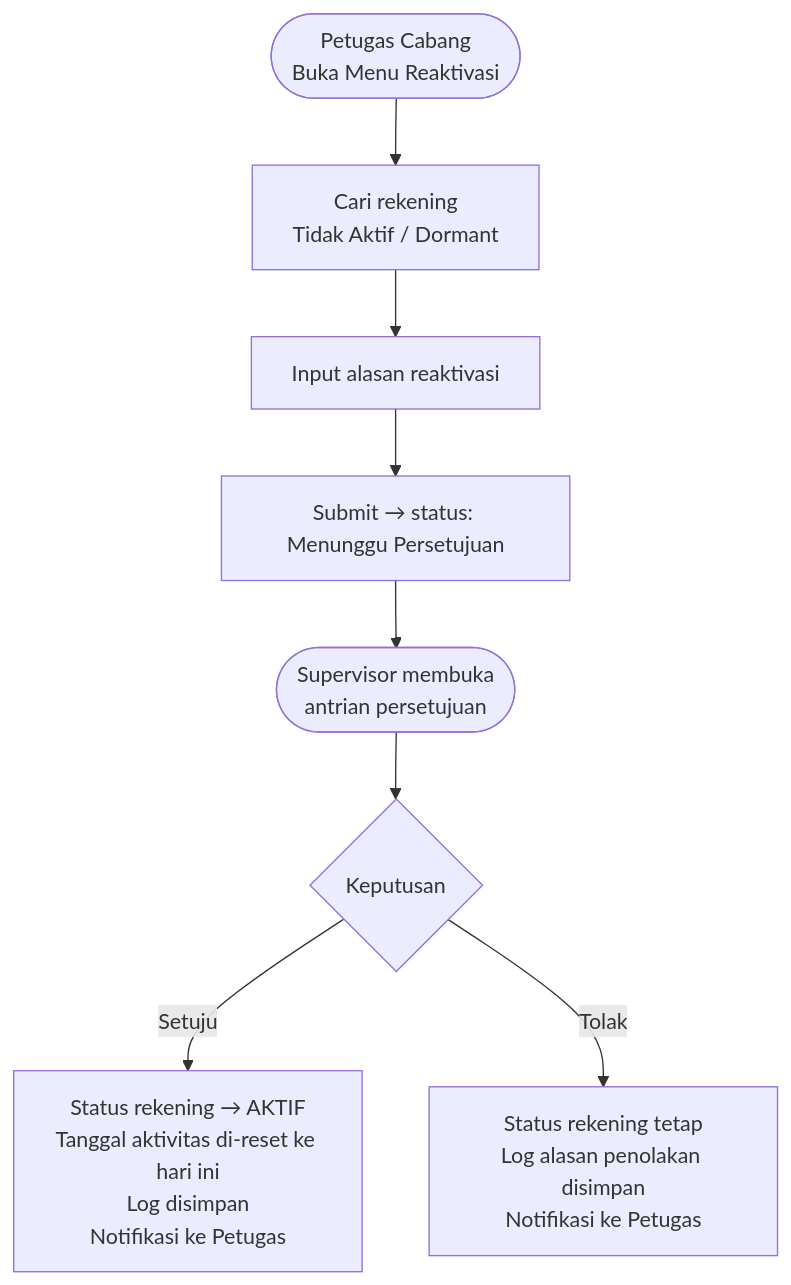
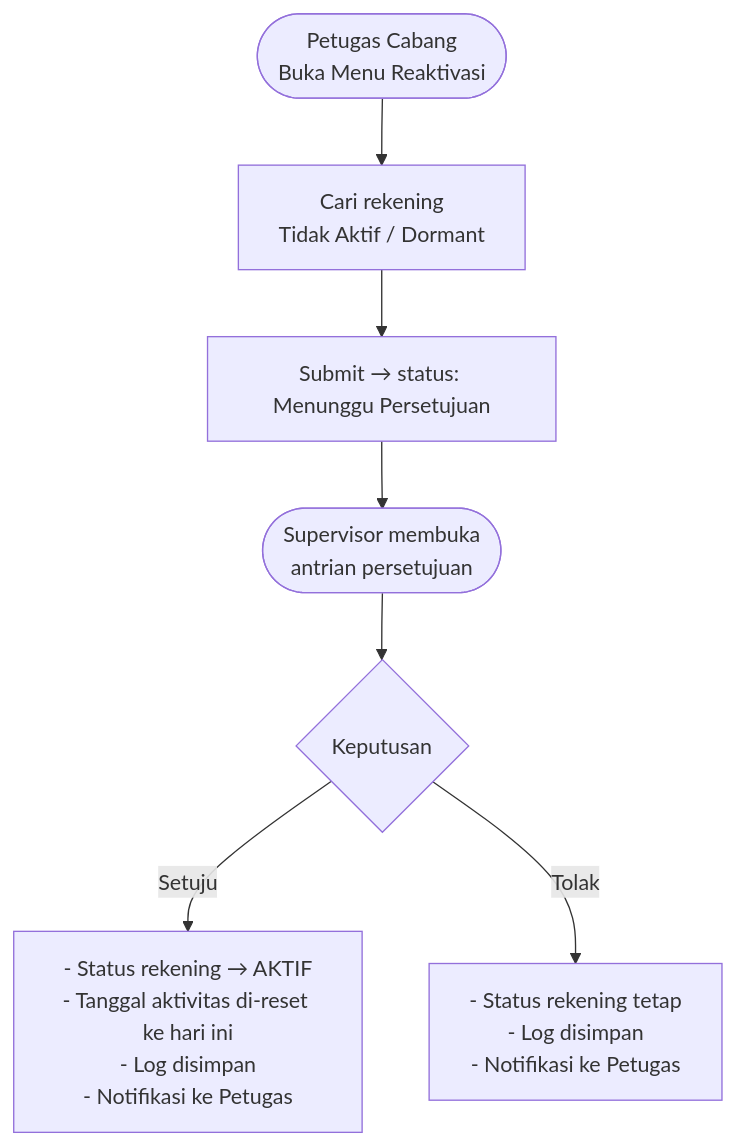
One commit to wisnu/ibank-docs changed the sixth of 6 diagrams in docs/bcas/enhance_dormant/Use Case Rekening Dormant.md. Above: the diagram before and after it, drawn with Mermaid. The commit also changed other lines of this file and 3 other files, not shown here.

````diff
--- a/docs/bcas/enhance_dormant/Use Case Rekening Dormant.md
+++ b/docs/bcas/enhance_dormant/Use Case Rekening Dormant.md
@@ -176,10 +300,9 @@
 ```mermaid
 flowchart TD
     A([Petugas Cabang\nBuka Menu Reaktivasi]) --> B[Cari rekening\nTidak Aktif / Dormant]
-    B --> C[Input alasan reaktivasi]
-    C --> D[Submit → status: Menunggu Persetujuan]
+    B --> D[Submit → status: Menunggu Persetujuan]
     D --> E([Supervisor membuka\nantrian persetujuan])
     E --> F{Keputusan}
-    F -->|Setuju| G[Status rekening → AKTIF\nTanggal aktivitas di-reset ke hari ini\nLog disimpan\nNotifikasi ke Petugas]
-    F -->|Tolak| H[Status rekening tetap\nLog alasan penolakan disimpan\nNotifikasi ke Petugas]
+    F -->|Setuju| G[- Status rekening → AKTIF\n- Tanggal aktivitas di-reset ke hari ini\n- Log disimpan\n- Notifikasi ke Petugas]
+    F -->|Tolak| H[- Status rekening tetap\n- Log disimpan\n- Notifikasi ke Petugas]
 ```
````
